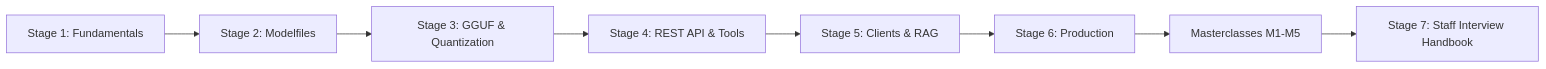
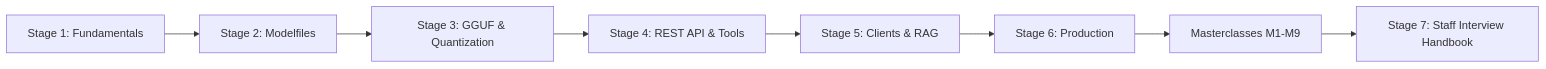
One commit to TheLearningHubOrg/learn-ollama changed the first of 51 diagrams in README.md. Above: the diagram before and after it, drawn with Mermaid. The commit also changed other lines of this file and 18 other files, not shown here.

````diff
--- a/README.md
+++ b/README.md
@@ -29,10 +29,10 @@
 ```mermaid
 flowchart LR
     S1["Stage 1: Fundamentals"] --> S2["Stage 2: Modelfiles"]
     S2 --> S3["Stage 3: GGUF & Quantization"]
     S3 --> S4["Stage 4: REST API & Tools"]
     S4 --> S5["Stage 5: Clients & RAG"]
     S5 --> S6["Stage 6: Production"]
-    S6 --> M["Masterclasses M1-M5"]
+    S6 --> M["Masterclasses M1-M9"]
     M --> S7["Stage 7: Staff Interview Handbook"]
 ```
````
